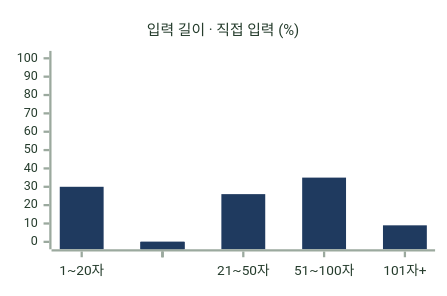
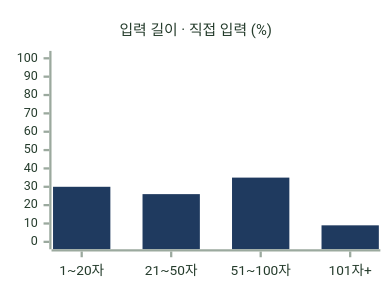
Before and after one commit to KIM-N-KANG/knk-harness: diagram 12 of 16 in docs/AI/CHAT/6-4-AI-EVALUATION-METHOD.md, drawn with Mermaid. The commit also changed other lines of this file, not shown here.

````diff
--- a/docs/AI/CHAT/6-4-AI-EVALUATION-METHOD.md
+++ b/docs/AI/CHAT/6-4-AI-EVALUATION-METHOD.md
@@ -205,8 +205,8 @@
 ```mermaid
-%%{init: {"theme": "base", "xyChart": {"width": 372, "height": 240, "titleFontSize": 13, "xAxis": {"labelFontSize": 12}, "yAxis": {"labelFontSize": 11, "showTitle": false}}, "themeVariables": {"xyChart": {"backgroundColor": "#FFFFFF", "titleColor": "#253C2C", "xAxisLabelColor": "#253C2C", "xAxisLineColor": "#9BA99E", "xAxisTickColor": "#9BA99E", "yAxisLabelColor": "#253C2C", "yAxisLineColor": "#9BA99E", "yAxisTickColor": "#9BA99E", "plotColorPalette": "#1F3A5F"}}}}%%
+%%{init: {"theme": "base", "xyChart": {"width": 324, "height": 240, "titleFontSize": 13, "xAxis": {"labelFontSize": 12}, "yAxis": {"labelFontSize": 11, "showTitle": false}}, "themeVariables": {"xyChart": {"backgroundColor": "#FFFFFF", "titleColor": "#253C2C", "xAxisLabelColor": "#253C2C", "xAxisLineColor": "#9BA99E", "xAxisTickColor": "#9BA99E", "yAxisLabelColor": "#253C2C", "yAxisLineColor": "#9BA99E", "yAxisTickColor": "#9BA99E", "plotColorPalette": "#1F3A5F"}}}}%%
 xychart-beta
     title "입력 길이 · 직접 입력 (%)"
-    x-axis ["1~20자", " ", "21~50자", "  ", "51~100자", "   ", "101자+"]
+    x-axis ["1~20자", "21~50자", "51~100자", "101자+"]
     y-axis 0 --> 100
-    bar [30, 0, 26, 0, 35, 0, 9]
+    bar [30, 26, 35, 9]
 ```
````
